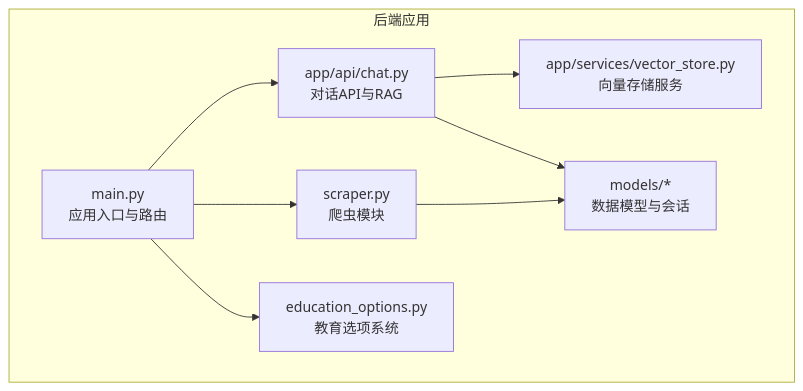
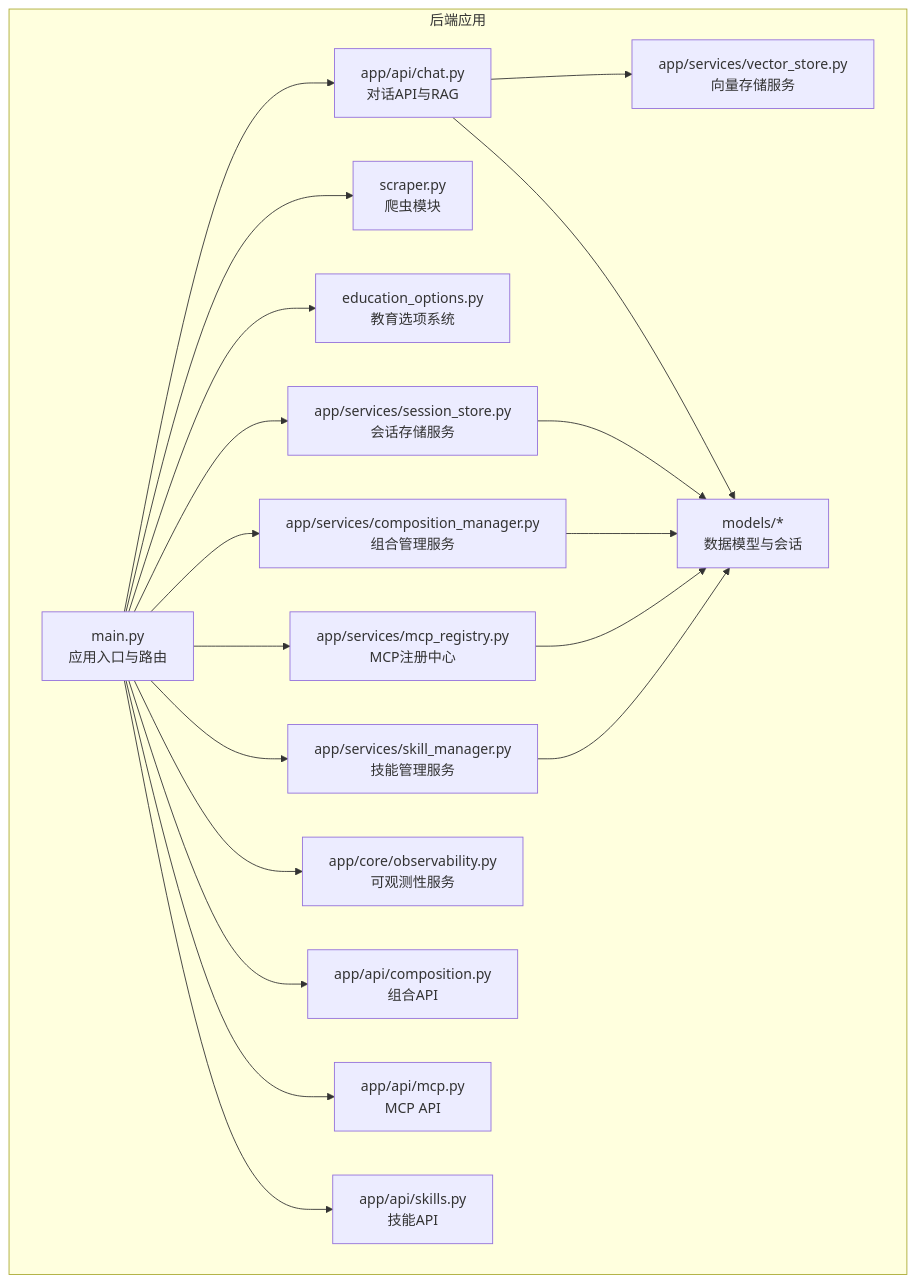
The first of 13 diagrams in .qoder/repowiki/zh/content/开发指南/扩展点与插件/扩展点与插件.md (ghbbn053-ship-itsoulddog/soulddog), drawn with Mermaid before and after one commit. The commit also changed other lines of this file and 119 other files, not shown here.

````diff
--- a/.qoder/repowiki/zh/content/开发指南/扩展点与插件/扩展点与插件.md
+++ b/.qoder/repowiki/zh/content/开发指南/扩展点与插件/扩展点与插件.md
@@ -50,17 +88,36 @@
 ```mermaid
 graph TB
 subgraph "后端应用"
 M["main.py<br/>应用入口与路由"]
 E["education_options.py<br/>教育选项系统"]
 S["scraper.py<br/>爬虫模块"]
 V["app/services/vector_store.py<br/>向量存储服务"]
+SS["app/services/session_store.py<br/>会话存储服务"]
+CM["app/services/composition_manager.py<br/>组合管理服务"]
+MR["app/services/mcp_registry.py<br/>MCP注册中心"]
+SM["app/services/skill_manager.py<br/>技能管理服务"]
+OBS["app/core/observability.py<br/>可观测性服务"]
 C["app/api/chat.py<br/>对话API与RAG"]
+COMP["app/api/composition.py<br/>组合API"]
+MCP["app/api/mcp.py<br/>MCP API"]
+SKILLS["app/api/skills.py<br/>技能API"]
 MD["models/*<br/>数据模型与会话"]
 end
 M --> C
 M --> S
 M --> E
+M --> SS
+M --> CM
+M --> MR
+M --> SM
+M --> OBS
+M --> COMP
+M --> MCP
+M --> SKILLS
 C --> V
 C --> MD
-S --> MD
+SS --> MD
+CM --> MD
+MR --> MD
+SM --> MD
 ```
````
